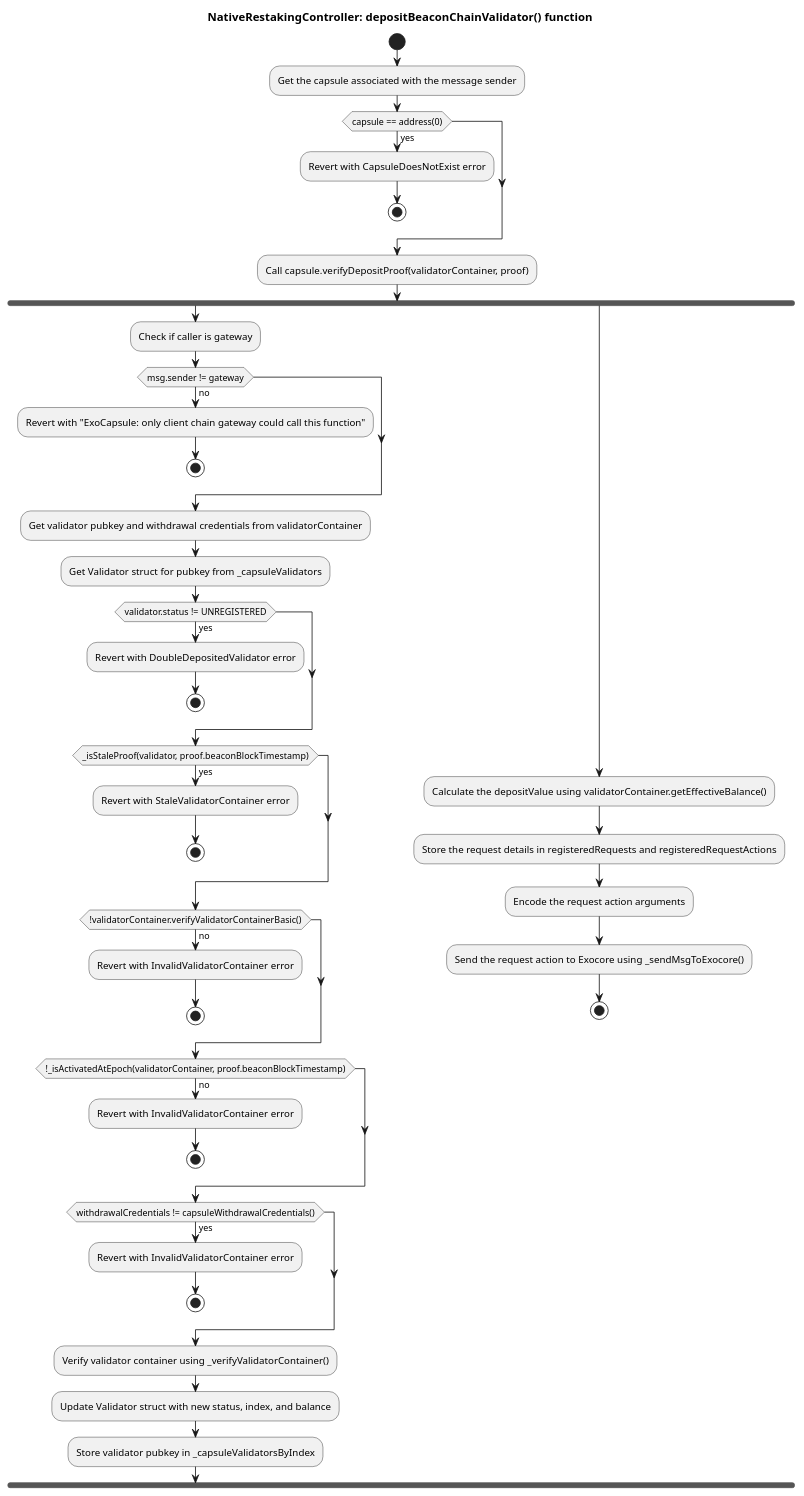
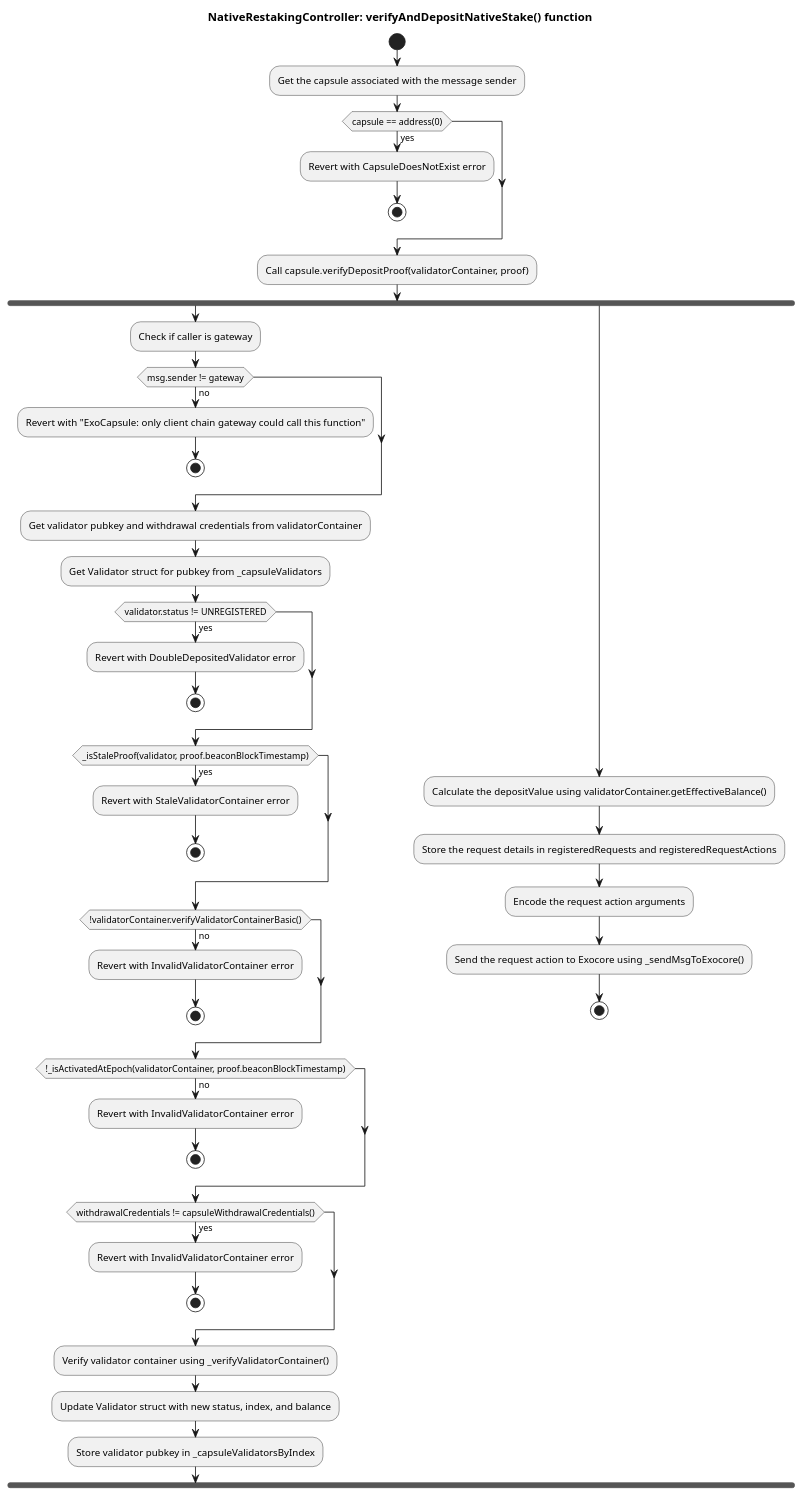
The second of 2 diagrams in docs/native_deposit_workflow.wsd (ExocoreNetwork/exocore-contracts), drawn with PlantUML before and after one commit. The commit also changed other lines of this file and 19 other files, not shown here.

First line of the commit message:
feat: enable Ethereum native restaking for Bootstrap (#121)

```diff
--- a/docs/native_deposit_workflow.wsd
+++ b/docs/native_deposit_workflow.wsd
@@ -54,61 +54,61 @@
 @startuml
-title NativeRestakingController: depositBeaconChainValidator() function
+title NativeRestakingController: verifyAndDepositNativeStake() function
 
 start
 
 :Get the capsule associated with the message sender;
 if (capsule == address(0)) then (yes)
     :Revert with CapsuleDoesNotExist error;
     stop
 endif
 
 :Call capsule.verifyDepositProof(validatorContainer, proof);
 fork
     :Check if caller is gateway;
     if (msg.sender != gateway) then (no)
         :Revert with "ExoCapsule: only client chain gateway could call this function";
         stop
     endif
 
     :Get validator pubkey and withdrawal credentials from validatorContainer;
     :Get Validator struct for pubkey from _capsuleValidators;
 
     if (validator.status != UNREGISTERED) then (yes)
         :Revert with DoubleDepositedValidator error;
         stop
     endif
 
     if (_isStaleProof(validator, proof.beaconBlockTimestamp)) then (yes)
         :Revert with StaleValidatorContainer error;
         stop
     endif
 
     if (!validatorContainer.verifyValidatorContainerBasic()) then (no)
         :Revert with InvalidValidatorContainer error;
         stop
     endif
 
     if (!_isActivatedAtEpoch(validatorContainer, proof.beaconBlockTimestamp)) then (no)
         :Revert with InvalidValidatorContainer error;
         stop
     endif
 
     if (withdrawalCredentials != capsuleWithdrawalCredentials()) then (yes)
         :Revert with InvalidValidatorContainer error;
         stop
     endif
 
     :Verify validator container using _verifyValidatorContainer();
     :Update Validator struct with new status, index, and balance;
     :Store validator pubkey in _capsuleValidatorsByIndex;
 fork again
 
 :Calculate the depositValue using validatorContainer.getEffectiveBalance();
 :Store the request details in registeredRequests and registeredRequestActions;
 
 :Encode the request action arguments;
 :Send the request action to Exocore using _sendMsgToExocore();
 
 stop
 
 @enduml
```
